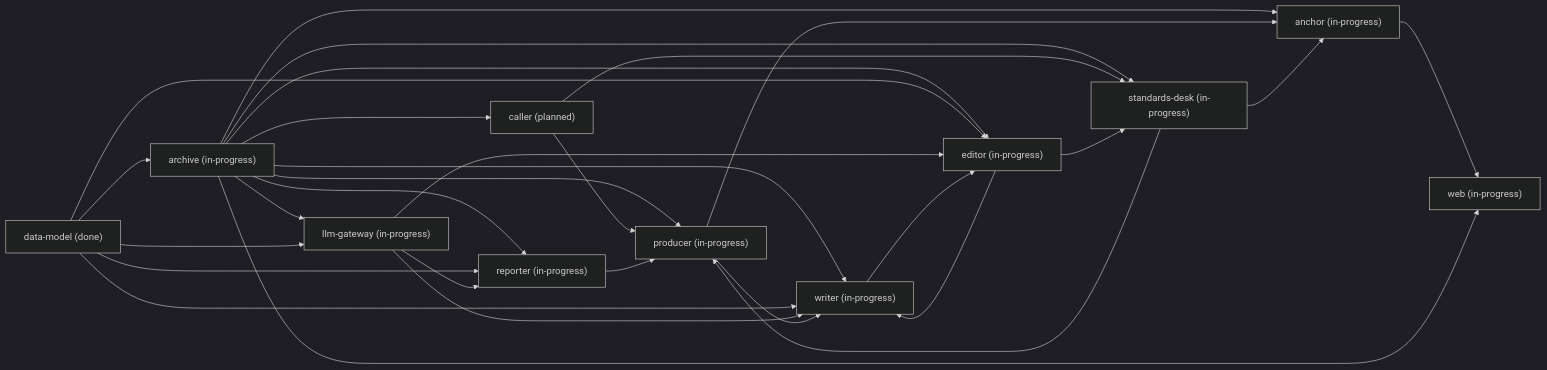
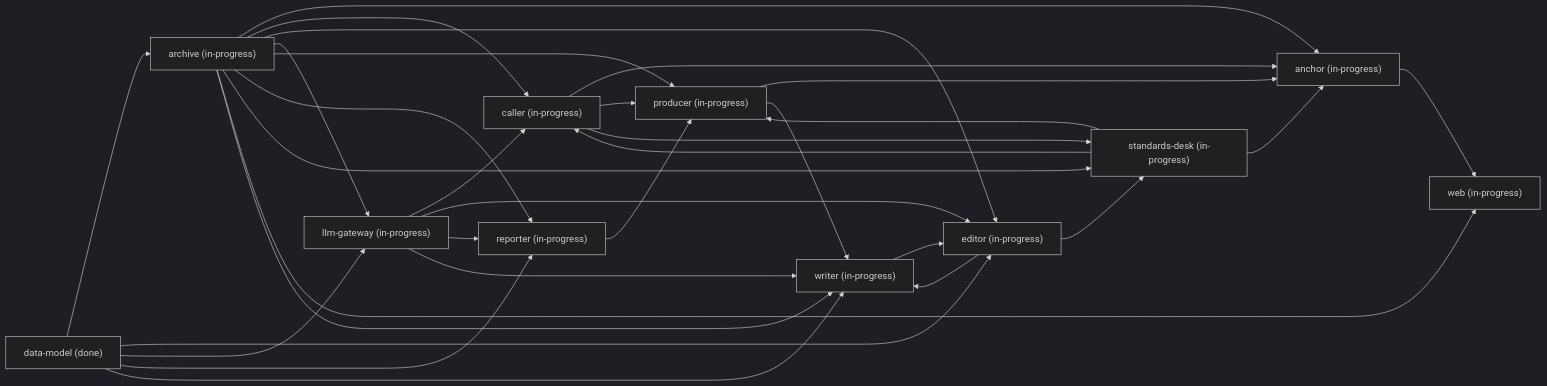
Before and after one commit to Yadnu/newsroom: the diagram in context/GRAPH.md, drawn with Mermaid (dark theme). The commit also changed other lines of this file and 35 other files, not shown here.

Commit message:
caller: Deepgram STT, intent classification, push-to-talk questions over the Anchor WebSocket (task 5.1)

````diff
--- a/context/GRAPH.md
+++ b/context/GRAPH.md
@@ -30,42 +30,45 @@
 ```mermaid
 flowchart LR
   anchor["anchor (in-progress)"]
   archive["archive (in-progress)"]
-  caller["caller (planned)"]
+  caller["caller (in-progress)"]
   data_model["data-model (done)"]
   editor["editor (in-progress)"]
   llm_gateway["llm-gateway (in-progress)"]
   producer["producer (in-progress)"]
   reporter["reporter (in-progress)"]
   standards_desk["standards-desk (in-progress)"]
   web["web (in-progress)"]
   writer["writer (in-progress)"]
   anchor --> web
   archive --> anchor
   archive --> caller
   archive --> editor
   archive --> llm_gateway
   archive --> producer
   archive --> reporter
   archive --> standards_desk
   archive --> web
   archive --> writer
+  caller --> anchor
   caller --> producer
   caller --> standards_desk
   data_model --> archive
   data_model --> editor
   data_model --> llm_gateway
   data_model --> reporter
   data_model --> writer
   editor --> standards_desk
   editor --> writer
+  llm_gateway --> caller
   llm_gateway --> editor
   llm_gateway --> reporter
   llm_gateway --> writer
   producer --> anchor
   producer --> writer
   reporter --> producer
   standards_desk --> anchor
+  standards_desk --> caller
   standards_desk --> producer
   writer --> editor
 ```
````
